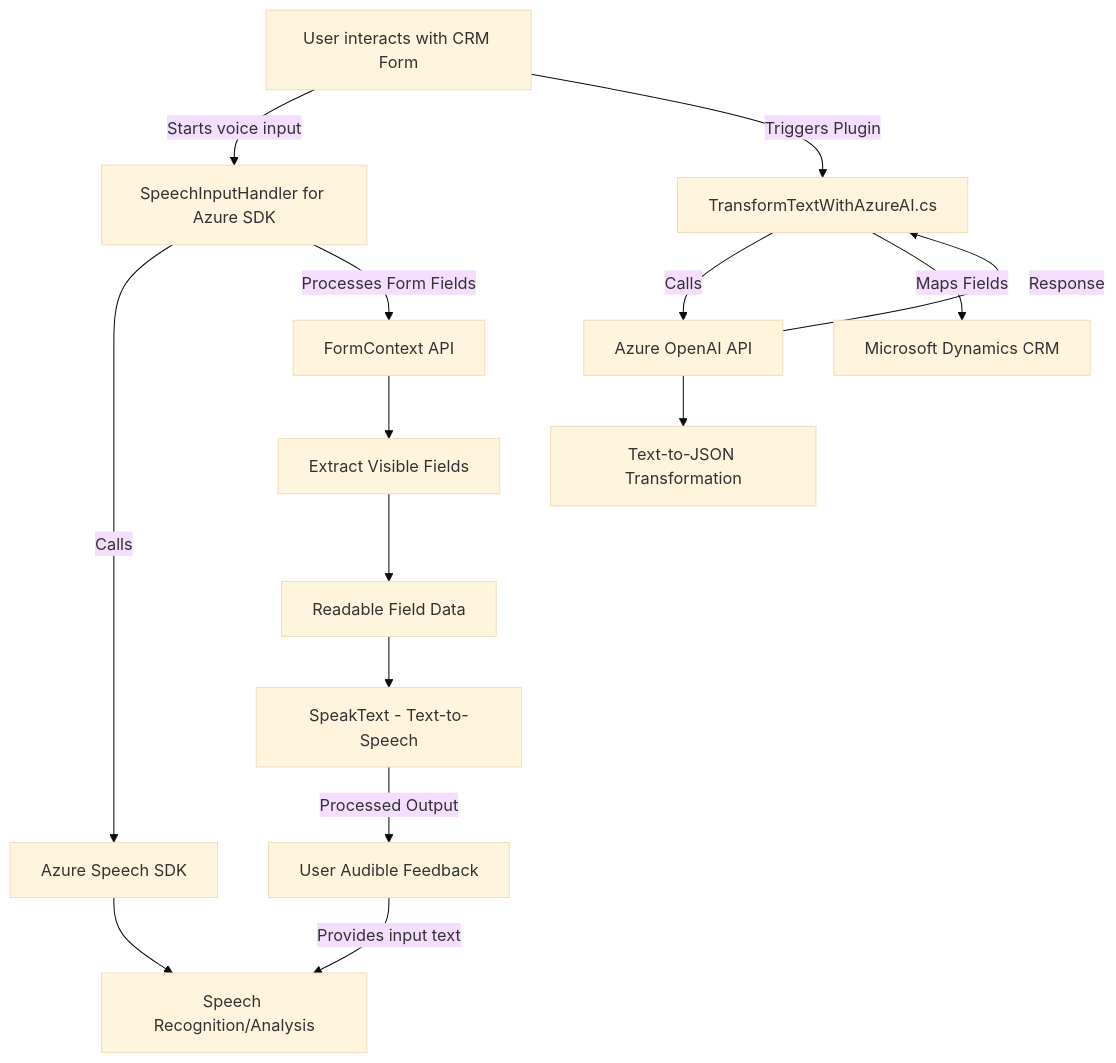
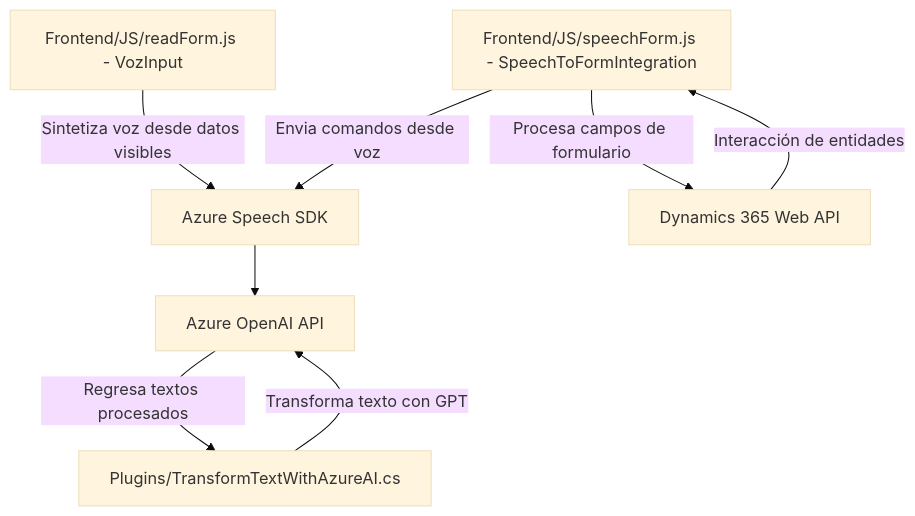
The diagram in README.md (blopezdm/NETCORE_BILBAO2025), drawn with Mermaid (base theme) before and after one commit. The commit also changed other lines of this file, not shown here.

Commit message:
Actualizar análisis global de la solución con IA

````diff
--- a/README.md
+++ b/README.md
@@ -38,21 +40,17 @@
 ```mermaid
 graph TD
-    A["User interacts with CRM Form"] -->|Starts voice input| B["SpeechInputHandler for Azure SDK"]
-    B -->|Calls| C["Azure Speech SDK"]
-    B -->|Processes Form Fields| D["FormContext API"]
+    A["Frontend/JS/readForm.js - VozInput"]
+    B["Frontend/JS/speechForm.js - SpeechToFormIntegration"]
+    C["Azure Speech SDK"]
+    D["Dynamics 365 Web API"]
+    E["Plugins/TransformTextWithAzureAI.cs"]
+    F["Azure OpenAI API"]
 
-    C --> E["Speech Recognition/Analysis"]
-    D --> F["Extract Visible Fields"]
-    F --> G["Readable Field Data"]
-
-    G --> H["SpeakText - Text-to-Speech"]
-    H -->|Processed Output| I["User Audible Feedback"]
-
-    A -->|Triggers Plugin| J["TransformTextWithAzureAI.cs"]
-    J -->|Calls| K["Azure OpenAI API"]
-    K --> L["Text-to-JSON Transformation"]
-    J -->|Maps Fields| M["Microsoft Dynamics CRM"]
-
-    I -->|Provides input text| E
-    K -->|Response| J
+    A -->|Sintetiza voz desde datos visibles| C
+    B -->|Envia comandos desde voz| C
+    C --> F
+    B -->|Procesa campos de formulario| D
+    E -->|Transforma texto con GPT| F
+    F -->|Regresa textos procesados| E
+    D -->|Interacción de entidades| B
 ```
````
